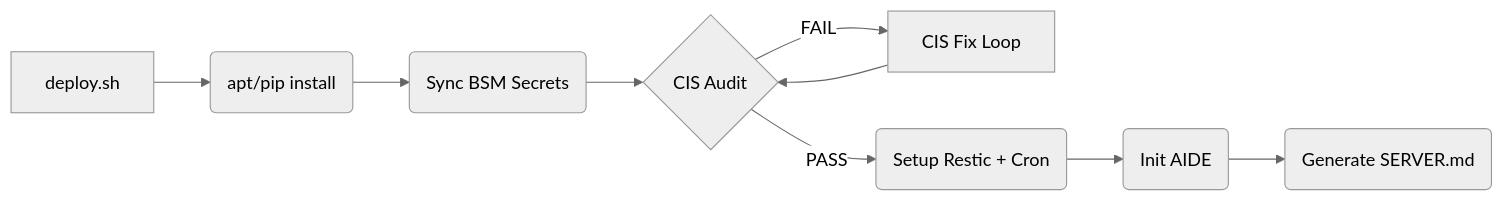
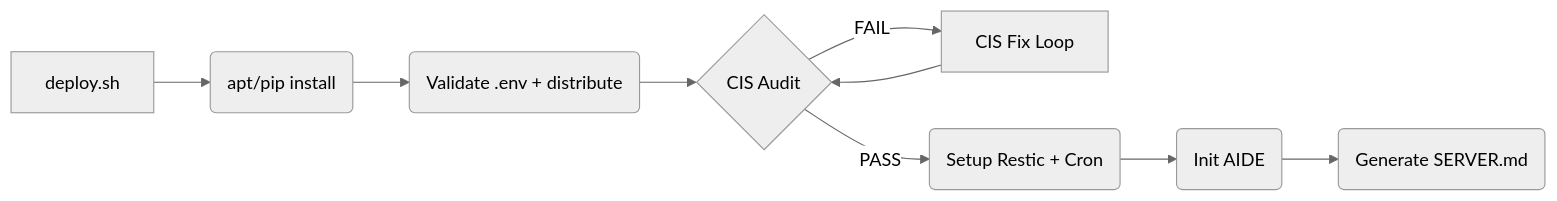
The first of 2 diagrams in README.md (mlenkov/base-mais-server-setup), drawn with Mermaid (neutral theme) before and after one commit. The commit also changed other lines of this file and 18 other files, not shown here.

First line of the commit message:
Purge BSM: local .env-based secret management

````diff
--- a/README.md
+++ b/README.md
@@ -103,11 +71,11 @@
 ```mermaid
 graph LR
     A[deploy.sh] --> B(apt/pip install)
-    B --> C(Sync BSM Secrets)
+    B --> C(Validate .env + distribute)
     C --> D{CIS Audit}
     D -->|FAIL| E[CIS Fix Loop]
     E --> D
     D -->|PASS| F(Setup Restic + Cron)
     F --> G(Init AIDE)
     G --> H(Generate SERVER.md)
 ```
````
